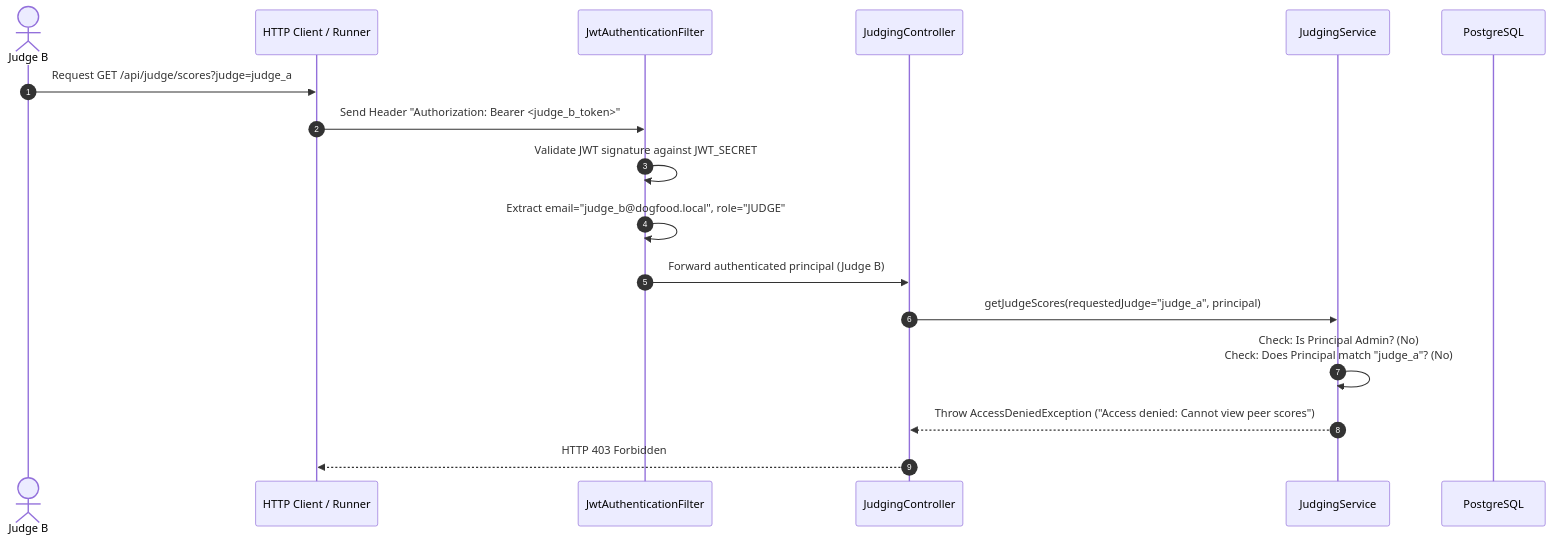
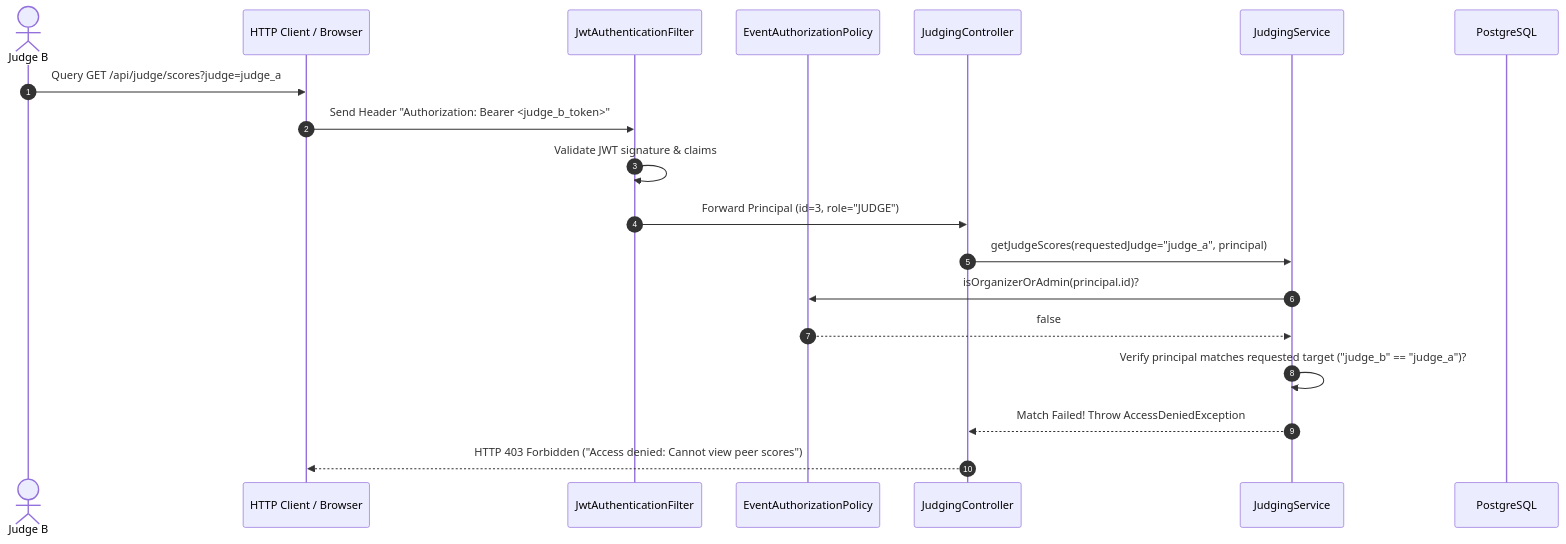
Before and after one commit to Gyantwik/DogFood: the second of 5 diagrams in ARCHITECTURE.md, drawn with Mermaid. The commit also changed other lines of this file and 93 other files, not shown here.

````diff
--- a/ARCHITECTURE.md
+++ b/ARCHITECTURE.md
@@ -77,20 +114,22 @@
 ```mermaid
 sequenceDiagram
     autonumber
-    actor Judge as Judge B
-    participant Client as HTTP Client / Runner
+    actor JudgeB as Judge B
+    participant Client as HTTP Client / Browser
     participant Security as JwtAuthenticationFilter
+    participant Policy as EventAuthorizationPolicy
     participant Controller as JudgingController
     participant Service as JudgingService
     participant DB as PostgreSQL
 
-    Judge->>Client: Request GET /api/judge/scores?judge=judge_a
+    JudgeB->>Client: Query GET /api/judge/scores?judge=judge_a
     Client->>Security: Send Header "Authorization: Bearer <judge_b_token>"
-    Security->>Security: Validate JWT signature against JWT_SECRET
-    Security->>Security: Extract email="judge_b@dogfood.local", role="JUDGE"
-    Security->>Controller: Forward authenticated principal (Judge B)
+    Security->>Security: Validate JWT signature & claims
+    Security->>Controller: Forward Principal (id=3, role="JUDGE")
     Controller->>Service: getJudgeScores(requestedJudge="judge_a", principal)
-    Service->>Service: Check: Is Principal Admin? (No)<br/>Check: Does Principal match "judge_a"? (No)
-    Service-->>Controller: Throw AccessDeniedException ("Access denied: Cannot view peer scores")
-    Controller-->>Client: HTTP 403 Forbidden
+    Service->>Policy: isOrganizerOrAdmin(principal.id)?
+    Policy-->>Service: false
+    Service->>Service: Verify principal matches requested target ("judge_b" == "judge_a")?
+    Service-->>Controller: Match Failed! Throw AccessDeniedException
+    Controller-->>Client: HTTP 403 Forbidden ("Access denied: Cannot view peer scores")
 ```
````
